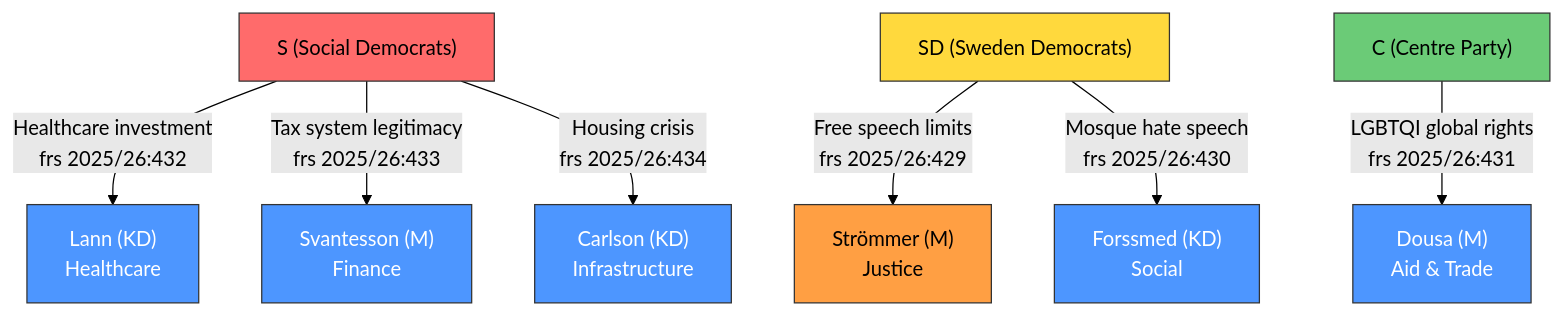
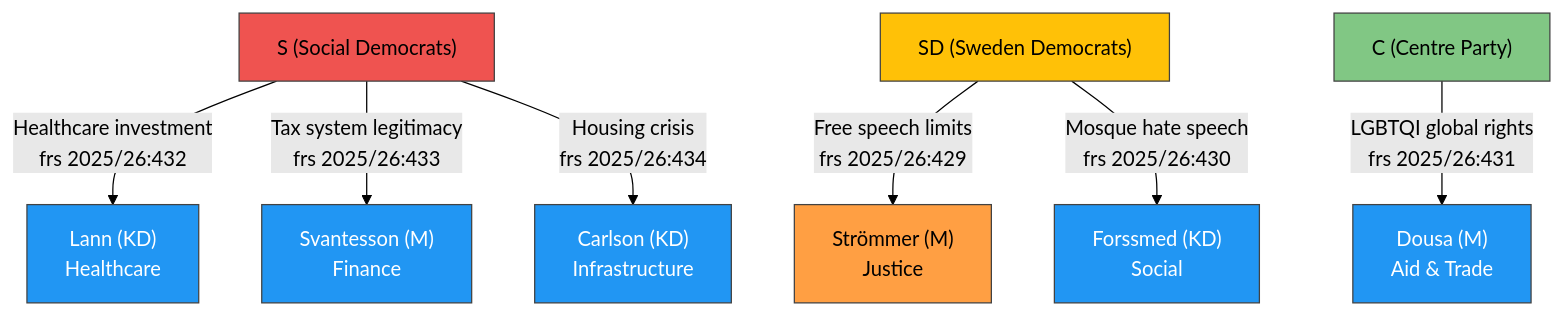
The diagram in analysis/daily/2026-04-16/interpellations/synthesis-summary.md (Hack23/riksdagsmonitor), drawn with Mermaid (forest theme) before and after one commit. The commit also changed 785 other files, not shown here.

First line of the commit message:
Normalize mermaid colors across 786 analysis artifacts to ISMS Style Guide palette

````diff
--- a/analysis/daily/2026-04-16/interpellations/synthesis-summary.md
+++ b/analysis/daily/2026-04-16/interpellations/synthesis-summary.md
@@ -58,19 +58,19 @@
 ```mermaid
 flowchart TD
     S["S (Social Democrats)"]:::red
     SD["SD (Sweden Democrats)"]:::yellow
     C["C (Centre Party)"]:::green
 
     S -->|"Healthcare investment<br/>frs 2025/26:432"| Lann["Lann (KD)<br/>Healthcare"]:::blue
     S -->|"Tax system legitimacy<br/>frs 2025/26:433"| Svantesson["Svantesson (M)<br/>Finance"]:::blue
     S -->|"Housing crisis<br/>frs 2025/26:434"| Carlson["Carlson (KD)<br/>Infrastructure"]:::blue
     SD -->|"Free speech limits<br/>frs 2025/26:429"| Strömmer["Strömmer (M)<br/>Justice"]:::orange
     SD -->|"Mosque hate speech<br/>frs 2025/26:430"| Forssmed["Forssmed (KD)<br/>Social"]:::blue
     C -->|"LGBTQI global rights<br/>frs 2025/26:431"| Dousa["Dousa (M)<br/>Aid & Trade"]:::blue
 
-    classDef red fill:#ff6b6b,stroke:#333,color:#000
-    classDef yellow fill:#ffd93d,stroke:#333,color:#000
-    classDef green fill:#6bcb77,stroke:#333,color:#000
-    classDef blue fill:#4d96ff,stroke:#333,color:#fff
-    classDef orange fill:#ff9f43,stroke:#333,color:#000
+    classDef red fill:#EF5350,stroke:#424242,color:#000000
+    classDef yellow fill:#FFC107,stroke:#424242,color:#000000
+    classDef green fill:#81C784,stroke:#424242,color:#000000
+    classDef blue fill:#2196F3,stroke:#424242,color:#FFFFFF
+    classDef orange fill:#ff9f43,stroke:#424242,color:#000000
 ```
````
